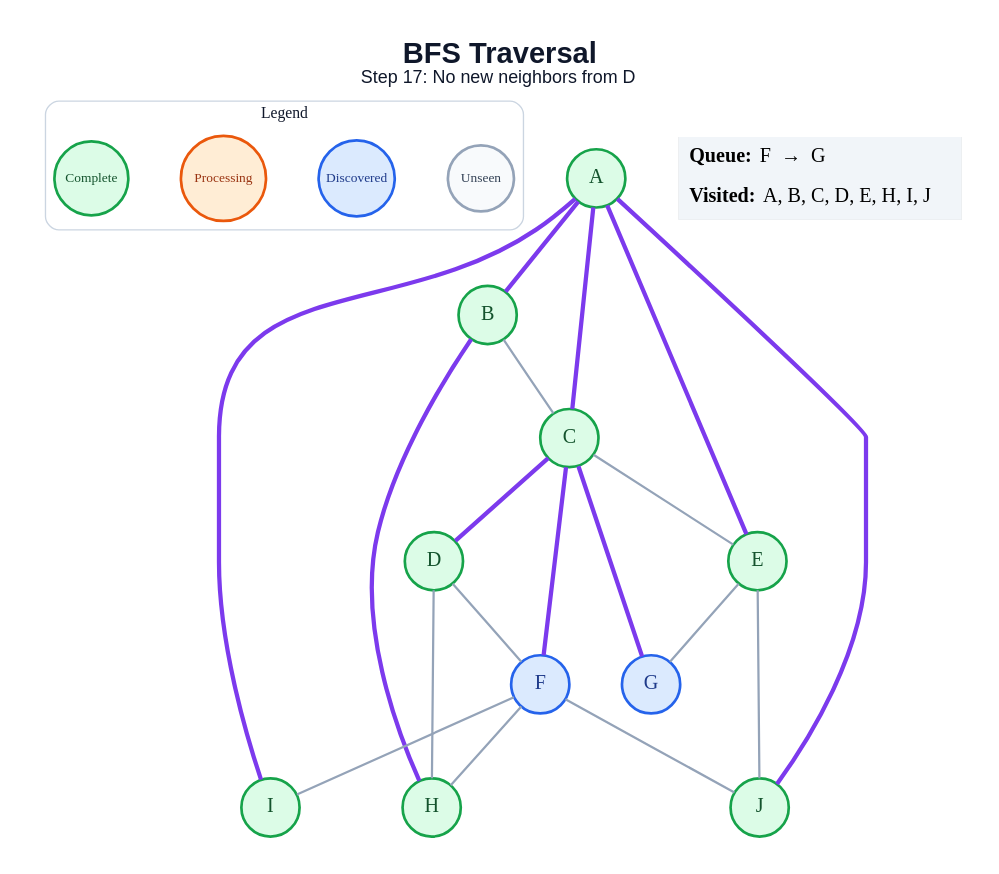
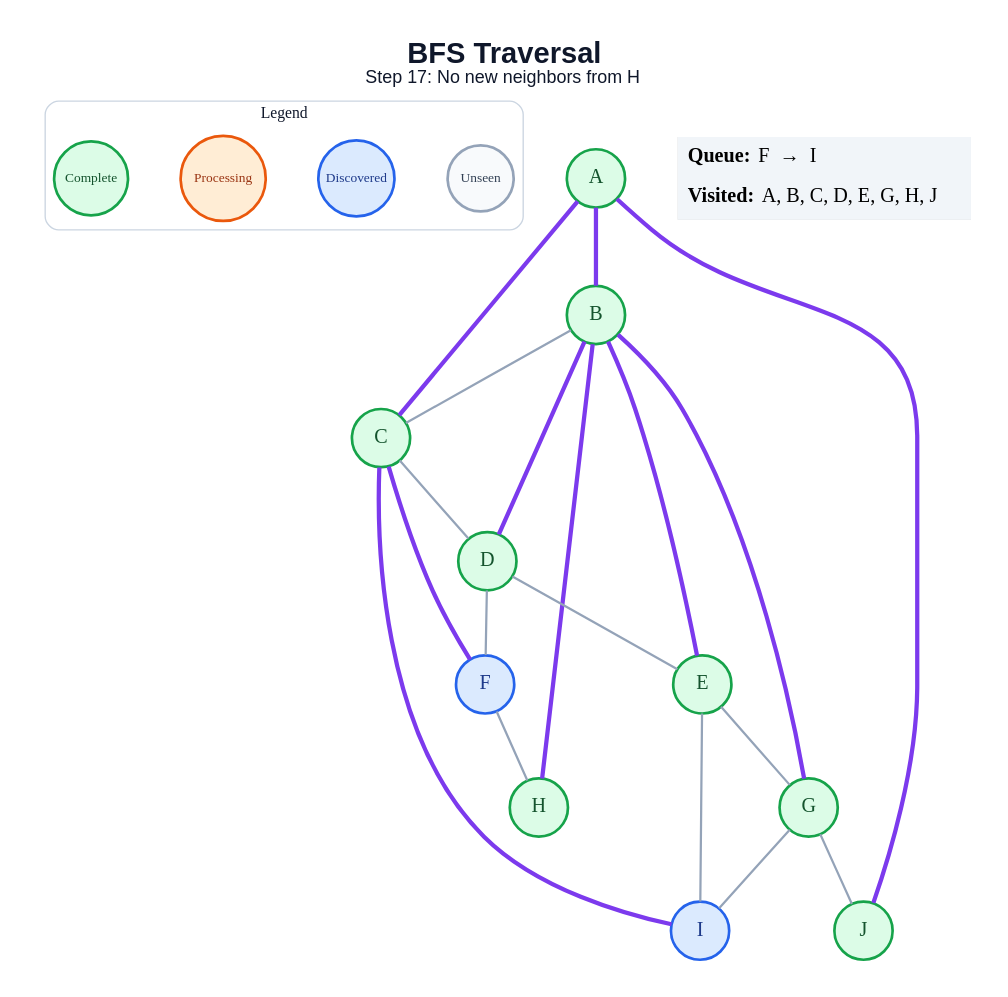
One commit to amanghodawala9/ai-slop changed the diagram in generated/bfs/step_17.dot. Above: the diagram before and after it, drawn with Graphviz. The commit also changed 178 other files, not shown here.

```diff
--- a/generated/bfs/step_17.dot
+++ b/generated/bfs/step_17.dot
@@ -1,47 +1,47 @@
 graph traversal {
   graph [layout=dot, rankdir=TB, bgcolor="#FFFFFF", pad="0.35", nodesep="0.65", ranksep="0.8", fontname="Arial"];
   node [shape=circle, style="filled", fontname="Arial Bold", fontsize=18, width=0.72, fixedsize=true, penwidth=2.4];
   edge [color="#94A3B8", penwidth=2.0];
-  label=<<B>BFS Traversal</B><BR/><FONT POINT-SIZE="16">Step 17: No new neighbors from D</FONT>>; labelloc="t"; fontsize=26; fontname="Arial"; fontcolor="#0F172A";
+  label=<<B>BFS Traversal</B><BR/><FONT POINT-SIZE="16">Step 17: No new neighbors from H</FONT>>; labelloc="t"; fontsize=26; fontname="Arial"; fontcolor="#0F172A";
   subgraph cluster_legend { label="Legend"; color="#CBD5E1"; penwidth=1.2; style="rounded"; fontsize=14; fontname="Arial Bold";
     key_unseen [label="Unseen", fillcolor="#F8FAFC", color="#94A3B8", fontcolor="#334155", fontsize=12, width=0.82];
     key_frontier [label="Discovered", fillcolor="#DBEAFE", color="#2563EB", fontcolor="#1E3A8A", fontsize=12, width=0.95];
     key_current [label="Processing", fillcolor="#FFEDD5", color="#EA580C", fontcolor="#9A3412", fontsize=12, width=1.05];
     key_done [label="Complete", fillcolor="#DCFCE7", color="#16A34A", fontcolor="#14532D", fontsize=12, width=0.92];
     { rank=same; key_unseen; key_frontier; key_current; key_done; }
   }
   A [fillcolor="#DCFCE7", color="#16A34A", fontcolor="#14532D"];
   B [fillcolor="#DCFCE7", color="#16A34A", fontcolor="#14532D"];
   C [fillcolor="#DCFCE7", color="#16A34A", fontcolor="#14532D"];
   D [fillcolor="#DCFCE7", color="#16A34A", fontcolor="#14532D"];
   E [fillcolor="#DCFCE7", color="#16A34A", fontcolor="#14532D"];
   F [fillcolor="#DBEAFE", color="#2563EB", fontcolor="#1E3A8A"];
-  G [fillcolor="#DBEAFE", color="#2563EB", fontcolor="#1E3A8A"];
+  G [fillcolor="#DCFCE7", color="#16A34A", fontcolor="#14532D"];
   H [fillcolor="#DCFCE7", color="#16A34A", fontcolor="#14532D"];
-  I [fillcolor="#DCFCE7", color="#16A34A", fontcolor="#14532D"];
+  I [fillcolor="#DBEAFE", color="#2563EB", fontcolor="#1E3A8A"];
   J [fillcolor="#DCFCE7", color="#16A34A", fontcolor="#14532D"];
   A -- B [color="#7C3AED", penwidth=3.8];
   A -- C [color="#7C3AED", penwidth=3.8];
-  A -- E [color="#7C3AED", penwidth=3.8];
-  A -- I [color="#7C3AED", penwidth=3.8];
   A -- J [color="#7C3AED", penwidth=3.8];
   B -- C;
+  B -- D [color="#7C3AED", penwidth=3.8];
+  B -- E [color="#7C3AED", penwidth=3.8];
+  B -- G [color="#7C3AED", penwidth=3.8];
   B -- H [color="#7C3AED", penwidth=3.8];
-  C -- D [color="#7C3AED", penwidth=3.8];
-  C -- E;
+  C -- D;
   C -- F [color="#7C3AED", penwidth=3.8];
-  C -- G [color="#7C3AED", penwidth=3.8];
+  C -- I [color="#7C3AED", penwidth=3.8];
+  D -- E;
   D -- F;
-  D -- H;
   E -- G;
-  E -- J;
+  E -- I;
   F -- H;
-  F -- I;
-  F -- J;
+  G -- I;
+  G -- J;
   status [shape=plain, fixedsize=false, width=0, height=0, margin=0, label=<
     <TABLE BORDER="0" CELLBORDER="0" CELLPADDING="7" BGCOLOR="#F1F5F9">
-      <TR><TD ALIGN="LEFT"><B>Queue:</B> F  →  G</TD></TR>
-      <TR><TD ALIGN="LEFT"><B>Visited:</B> A, B, C, D, E, H, I, J</TD></TR>
+      <TR><TD ALIGN="LEFT"><B>Queue:</B> F  →  I</TD></TR>
+      <TR><TD ALIGN="LEFT"><B>Visited:</B> A, B, C, D, E, G, H, J</TD></TR>
     </TABLE>
   >];
 }
```
